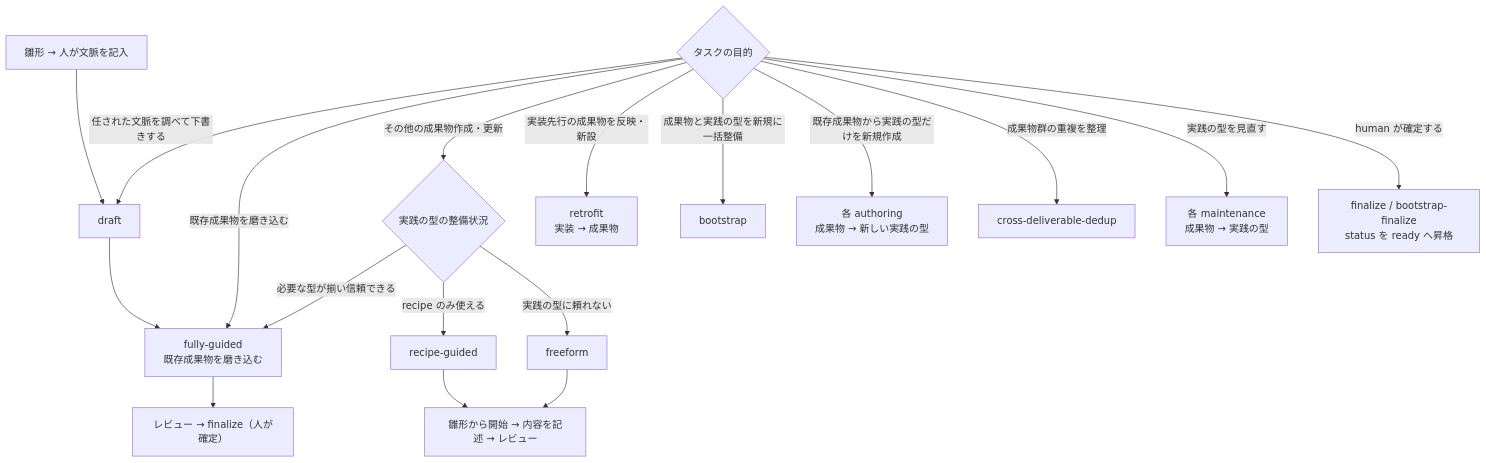
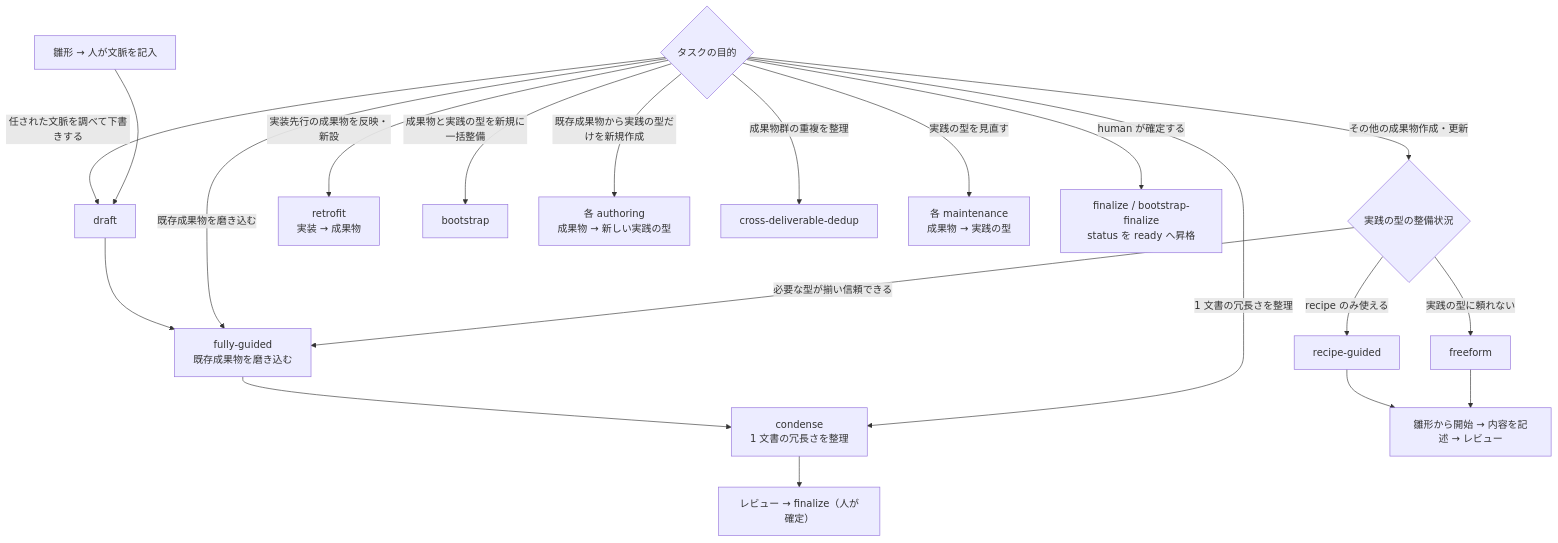
The first of 5 diagrams in docs/ja/specdojo/guides/ryu-guide.md (specdojo/specdojo), drawn with Mermaid before and after one commit. The commit also changed other lines of this file and 47 other files, not shown here.

````diff
--- a/docs/ja/specdojo/guides/ryu-guide.md
+++ b/docs/ja/specdojo/guides/ryu-guide.md
@@ -47,21 +47,22 @@
 ```mermaid
 flowchart TD
   P{"タスクの目的"}
   P -->|"任された文脈を調べて下書きする"| DR["draft"]
   SC["雛形 → 人が文脈を記入"] --> DR
   DR --> FG["fully-guided<br/>既存成果物を磨き込む"]
   P -->|"既存成果物を磨き込む"| FG
   P -->|"その他の成果物作成・更新"| M{"実践の型の整備状況"}
   M -->|"必要な型が揃い信頼できる"| FG
   M -->|"recipe のみ使える"| RG["recipe-guided"]
   M -->|"実践の型に頼れない"| FF["freeform"]
-  FG --> RV["レビュー → finalize（人が確定）"]
+  FG --> CN["condense<br/>1 文書の冗長さを整理"] --> RV["レビュー → finalize（人が確定）"]
+  P -->|"1 文書の冗長さを整理"| CN
   RG --> W["雛形から開始 → 内容を記述 → レビュー"]
   FF --> W
   P -->|"実装先行の成果物を反映・新設"| RF["retrofit<br/>実装 → 成果物"]
   P -->|"成果物と実践の型を新規に一括整備"| BS["bootstrap"]
   P -->|"既存成果物から実践の型だけを新規作成"| AU["各 authoring<br/>成果物 → 新しい実践の型"]
   P -->|"成果物群の重複を整理"| DD["cross-deliverable-dedup"]
   P -->|"実践の型を見直す"| MT["各 maintenance<br/>成果物 → 実践の型"]
   P -->|"human が確定する"| FIN["finalize / bootstrap-finalize<br/>status を ready へ昇格"]
 ```
````
